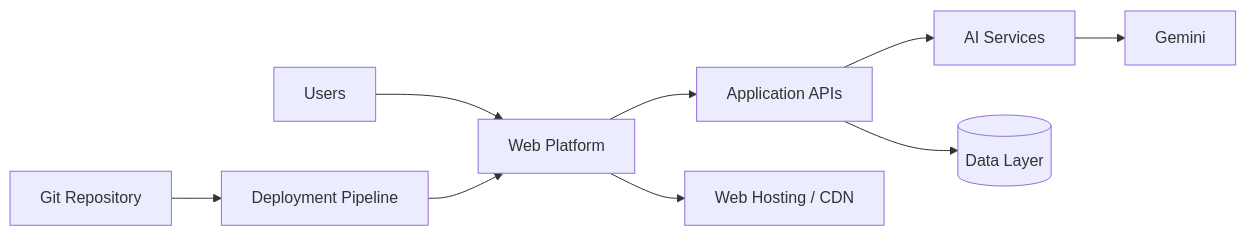
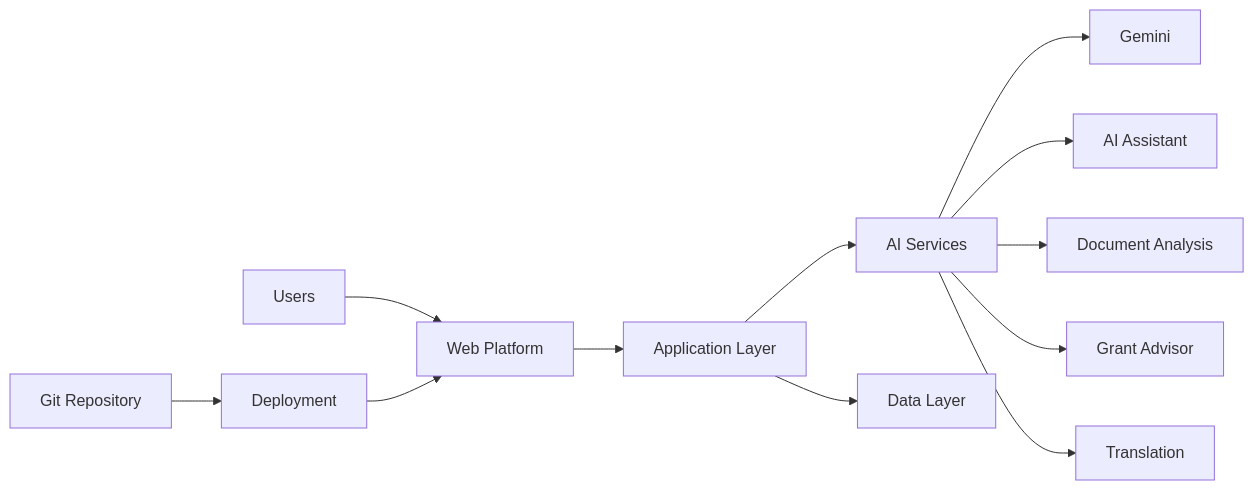
Before and after one commit to Aryamnsls/Aryamnsls: the third of 4 diagrams in README.md, drawn with Mermaid. The commit also changed other lines of this file, not shown here.

````diff
--- a/README.md
+++ b/README.md
@@ -154,11 +464,20 @@
 ```mermaid
 flowchart LR
-    U[Users] --> W[Web Platform]
-    W --> API[Application APIs]
-    API --> AI[AI Services]
-    AI --> LLM[Gemini]
-    API --> DB[(Data Layer)]
-    W --> CDN[Web Hosting / CDN]
-    G[Git Repository] --> CD[Deployment Pipeline]
-    CD --> W
+
+    USER["Users"] --> WEB["Web Platform"]
+
+    WEB --> API["Application Layer"]
+
+    API --> AI["AI Services"]
+    API --> DATA["Data Layer"]
+
+    AI --> LLM["Gemini"]
+
+    AI --> CHAT["AI Assistant"]
+    AI --> DOC["Document Analysis"]
+    AI --> GRANT["Grant Advisor"]
+    AI --> TRANS["Translation"]
+
+    GIT["Git Repository"] --> DEPLOY["Deployment"]
+    DEPLOY --> WEB
 ```
````
